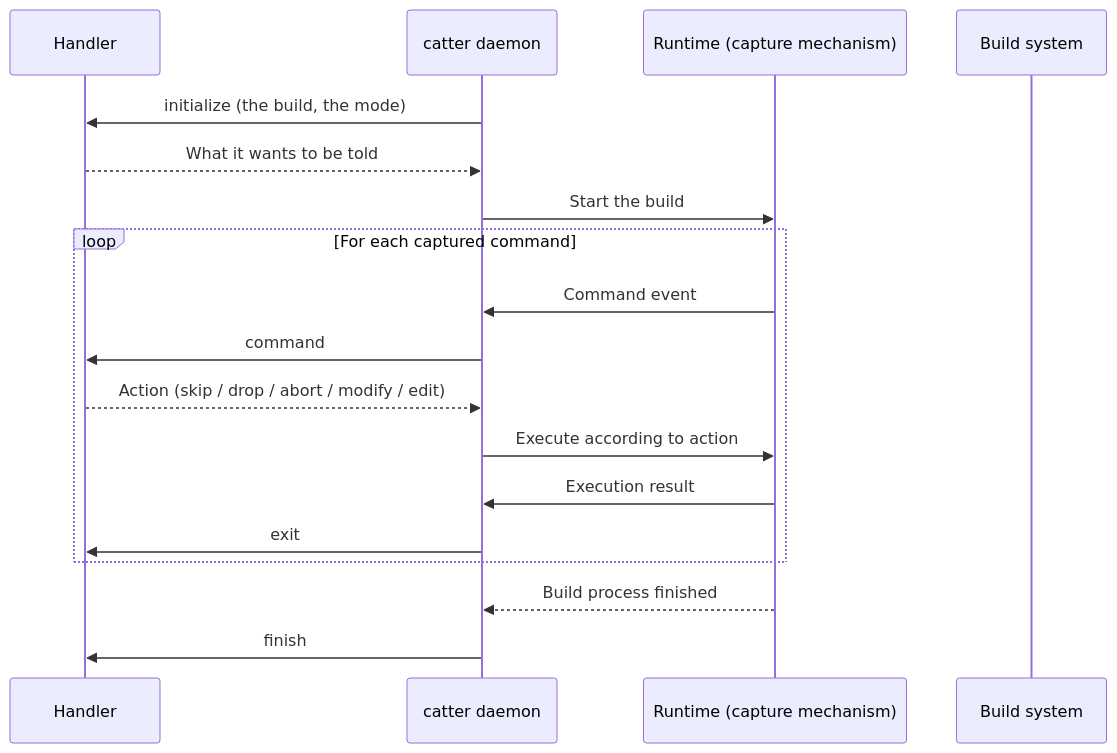
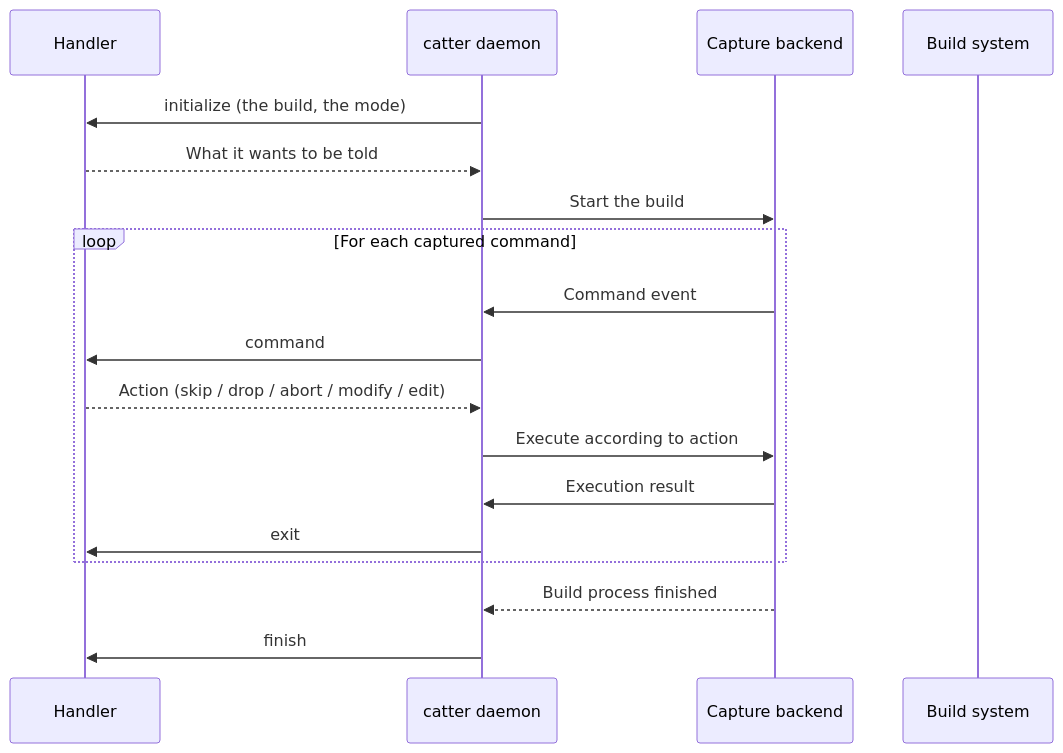
One commit to clice-io/docs changed the diagram in en/catter/design/architecture.md. Above: the diagram before and after it, drawn with Mermaid. The commit also changed other lines of this file and 23 other files, not shown here.

````diff
--- a/en/catter/design/architecture.md
+++ b/en/catter/design/architecture.md
@@ -24,21 +24,21 @@
 ```mermaid
 sequenceDiagram
     participant Handler
     participant Catter as catter daemon
-    participant Runtime as Runtime (capture mechanism)
+    participant Backend as Capture backend
     participant Build as Build system
 
     Catter->>Handler: initialize (the build, the mode)
     Handler-->>Catter: What it wants to be told
-    Catter->>Runtime: Start the build
+    Catter->>Backend: Start the build
     loop For each captured command
-        Runtime->>Catter: Command event
+        Backend->>Catter: Command event
         Catter->>Handler: command
         Handler-->>Catter: Action (skip / drop / abort / modify / edit)
-        Catter->>Runtime: Execute according to action
-        Runtime->>Catter: Execution result
+        Catter->>Backend: Execute according to action
+        Backend->>Catter: Execution result
         Catter->>Handler: exit
     end
-    Runtime-->>Catter: Build process finished
+    Backend-->>Catter: Build process finished
     Catter->>Handler: finish
 ```
````
